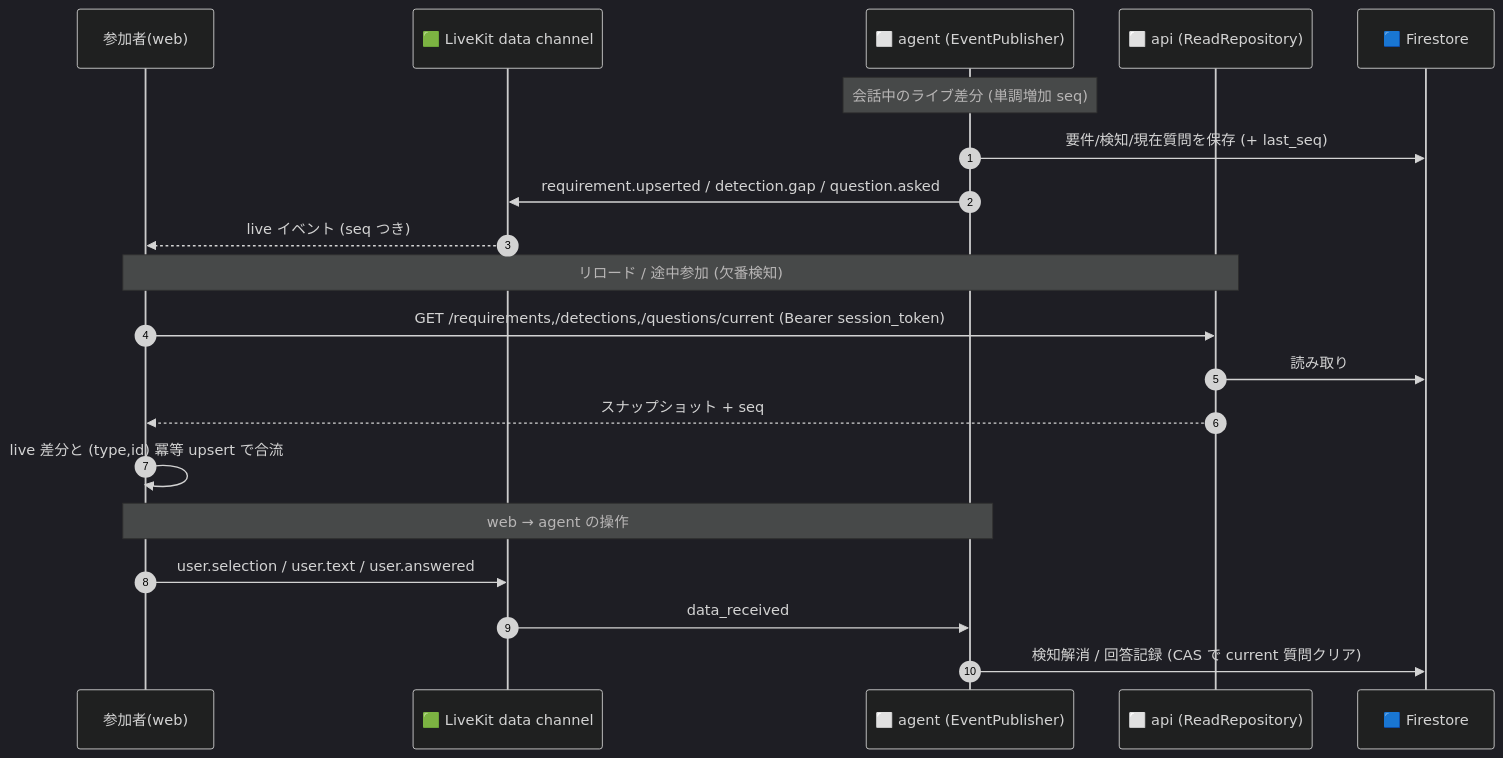
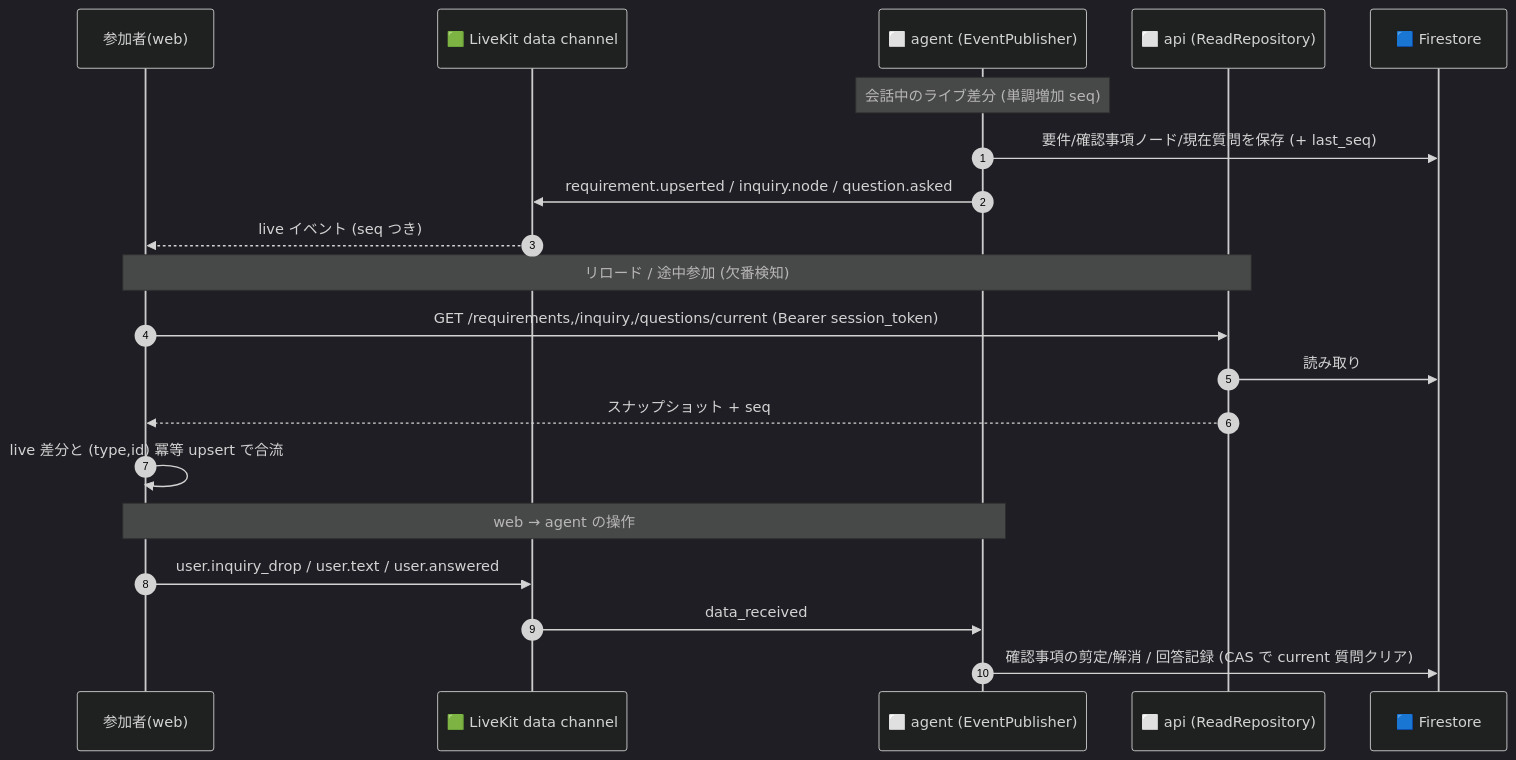
One commit to godhuu0505/sanba changed the fifth of 13 diagrams in docs/reference/architecture-analysis.md. Above: the diagram before and after it, drawn with Mermaid (dark theme). The commit also changed other lines of this file and 10 other files, not shown here.

````diff
--- a/docs/reference/architecture-analysis.md
+++ b/docs/reference/architecture-analysis.md
@@ -257,25 +257,25 @@
 ```mermaid
 sequenceDiagram
     autonumber
     participant U as 参加者(web)
     participant LK as 🟩 LiveKit data channel
     participant VA as ⬜ agent (EventPublisher)
     participant API as ⬜ api (ReadRepository)
     participant FS as 🟦 Firestore
 
     Note over VA: 会話中のライブ差分 (単調増加 seq)
-    VA->>FS: 要件/検知/現在質問を保存 (+ last_seq)
-    VA->>LK: requirement.upserted / detection.gap / question.asked
+    VA->>FS: 要件/確認事項ノード/現在質問を保存 (+ last_seq)
+    VA->>LK: requirement.upserted / inquiry.node / question.asked
     LK-->>U: live イベント (seq つき)
 
     Note over U,API: リロード / 途中参加 (欠番検知)
-    U->>API: GET /requirements,/detections,/questions/current (Bearer session_token)
+    U->>API: GET /requirements,/inquiry,/questions/current (Bearer session_token)
     API->>FS: 読み取り
     API-->>U: スナップショット + seq
     U->>U: live 差分と (type,id) 冪等 upsert で合流
 
     Note over U,VA: web → agent の操作
-    U->>LK: user.selection / user.text / user.answered
+    U->>LK: user.inquiry_drop / user.text / user.answered
     LK->>VA: data_received
-    VA->>FS: 検知解消 / 回答記録 (CAS で current 質問クリア)
+    VA->>FS: 確認事項の剪定/解消 / 回答記録 (CAS で current 質問クリア)
 ```
````
